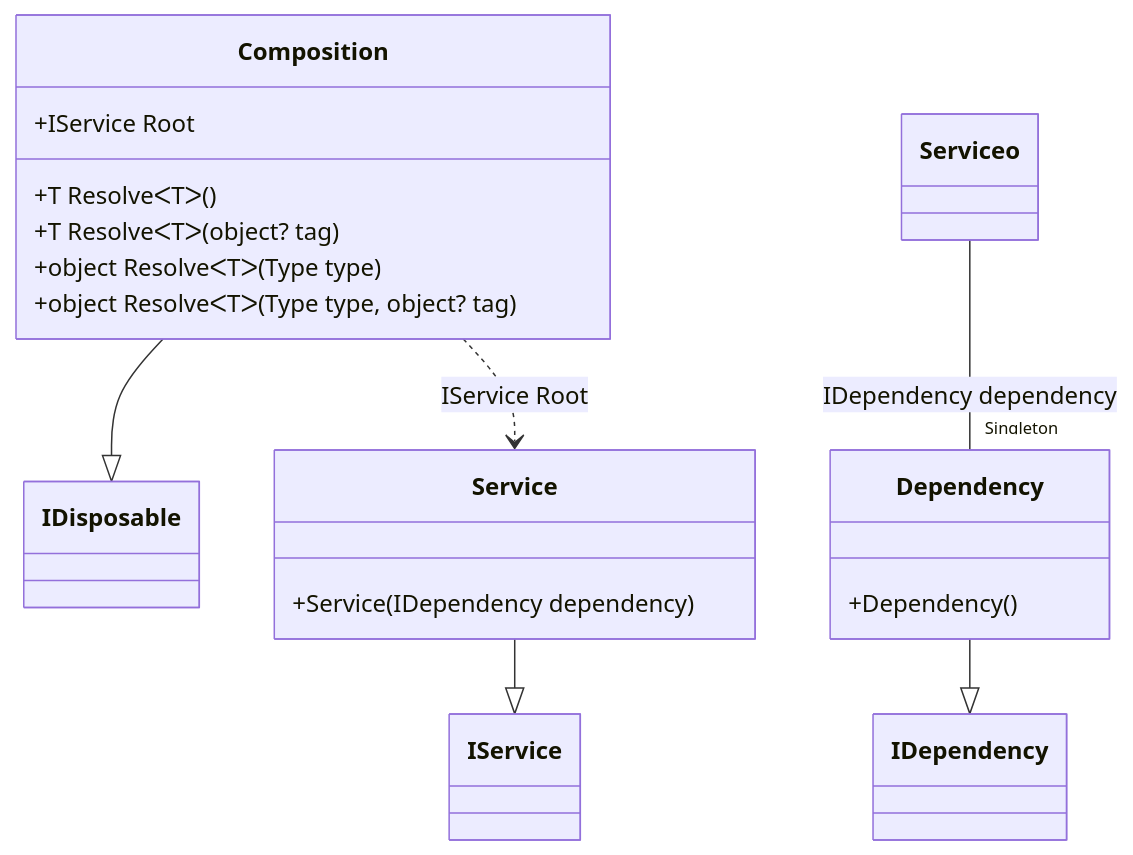
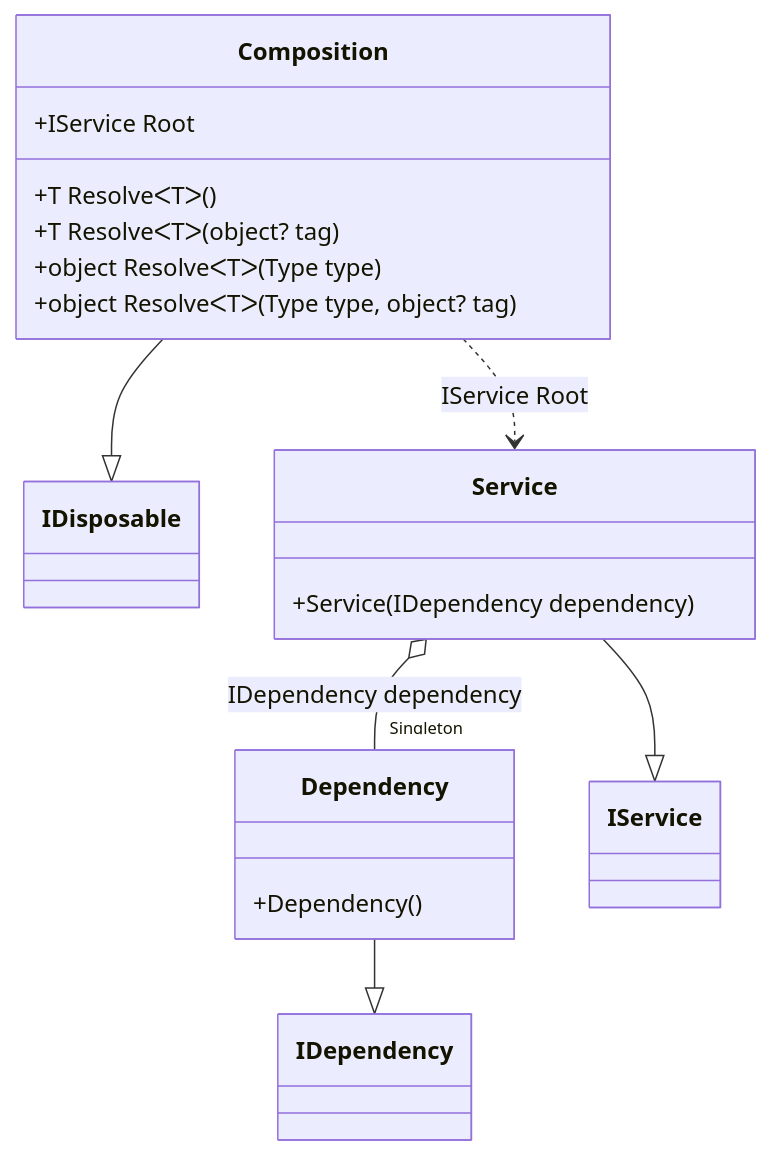
The ninth of 35 diagrams in readme/Examples.md (DevTeam/Pure.DI), drawn with Mermaid before and after one commit. The commit also changed other lines of this file and 5 other files, not shown here.

````diff
--- a/readme/Examples.md
+++ b/readme/Examples.md
@@ -650,21 +650,21 @@
 ```mermaid
 classDiagram
 class Composition {
 +IService Root
 +T ResolveᐸTᐳ()
 +T ResolveᐸTᐳ(object? tag)
 +object ResolveᐸTᐳ(Type type)
 +object ResolveᐸTᐳ(Type type, object? tag)
 }
 Composition --|> IDisposable
 Dependency --|> IDependency : 
 class Dependency {
 +Dependency()
 }
 Service --|> IService : 
 class Service {
 +Service(IDependency dependency)
 }
 Composition ..> Service : IService Root
-Serviceo-- "Singleton" Dependency : IDependency dependency
+Service o--  "Singleton" Dependency : IDependency dependency
 ```
````
